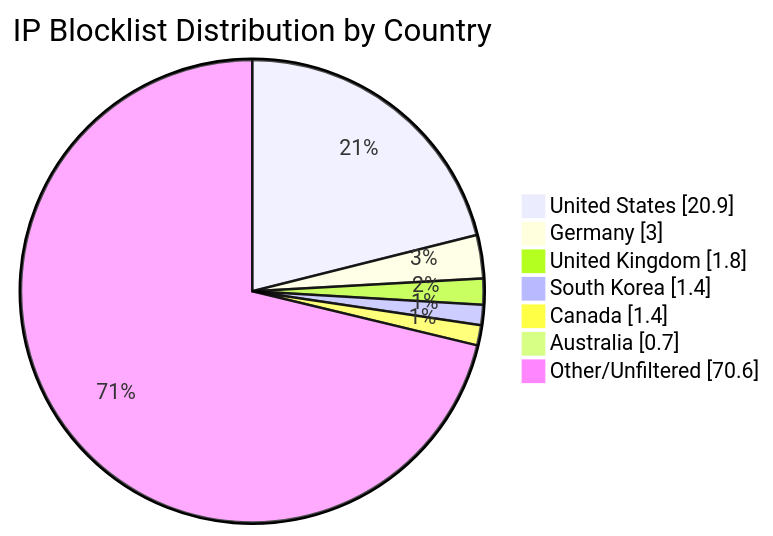
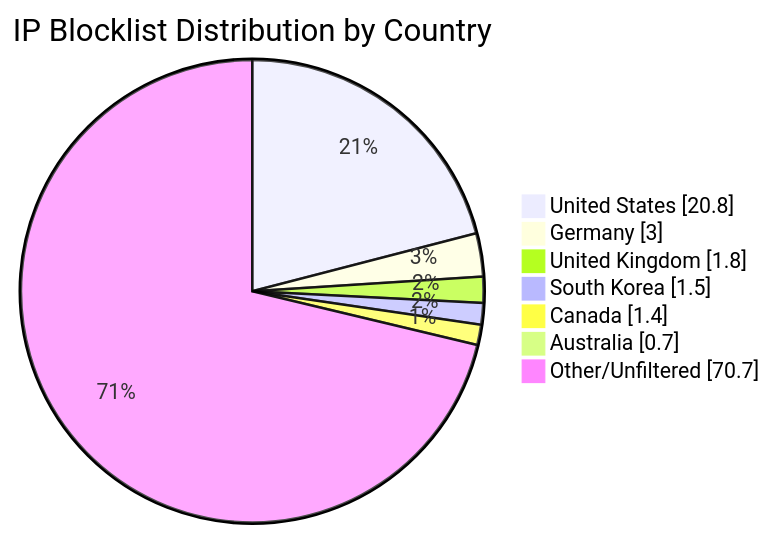
The diagram in README.md (MarcusHoltz/ipblocklist-geofiltered-aggregator), drawn with Mermaid before and after one commit. The commit also changed other lines of this file and 9 other files, not shown here.

````diff
--- a/README.md
+++ b/README.md
@@ -34,10 +34,10 @@
 ```mermaid
 pie showData title IP Blocklist Distribution by Country
-"United States" : 20.9
+"United States" : 20.8
 "Germany" : 3.0
 "United Kingdom" : 1.8
-"South Korea" : 1.4
+"South Korea" : 1.5
 "Canada" : 1.4
 "Australia" : 0.7
-"Other/Unfiltered" : 70.6
+"Other/Unfiltered" : 70.7
 ```
````
